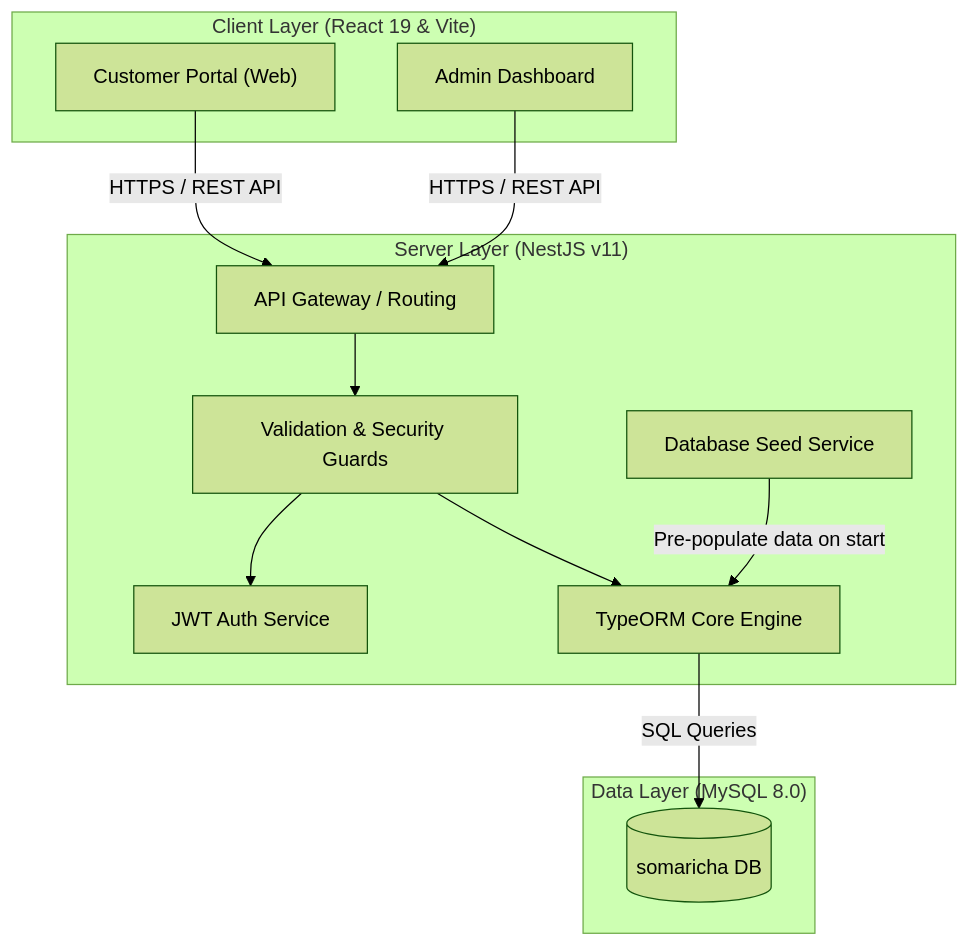
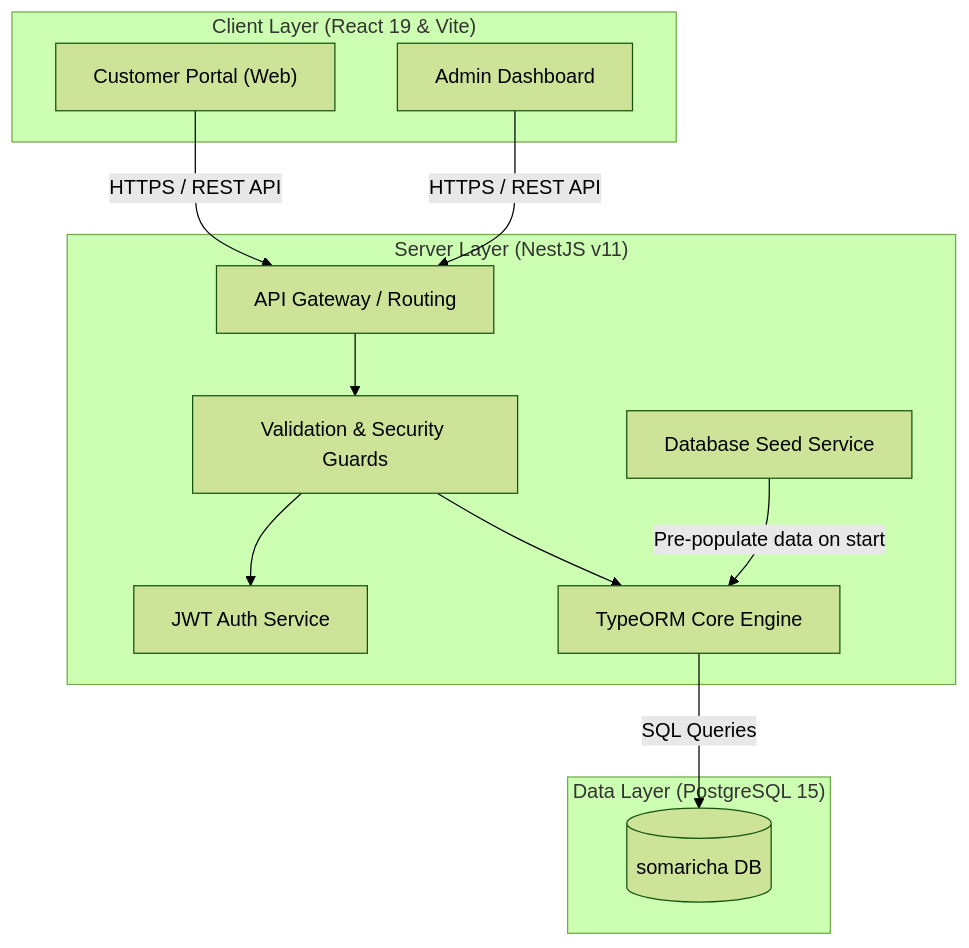
One commit to project-storage/somaricha changed the diagram in README.md. Above: the diagram before and after it, drawn with Mermaid (forest theme). The commit also changed other lines of this file and 8 other files, not shown here.

Commit message:
feat: Migrate database from MySQL to PostgreSQL; update connection settings, drivers, and environment configuration

````diff
--- a/README.md
+++ b/README.md
@@ -14,28 +14,28 @@
 ```mermaid
 graph TD
     subgraph Client ["Client Layer (React 19 & Vite)"]
         A["Customer Portal (Web)"]
         B["Admin Dashboard"]
     end
 
     subgraph Server ["Server Layer (NestJS v11)"]
         C["API Gateway / Routing"]
         D["Validation & Security Guards"]
         E["JWT Auth Service"]
         F["Database Seed Service"]
         G["TypeORM Core Engine"]
     end
 
-    subgraph Database ["Data Layer (MySQL 8.0)"]
+    subgraph Database ["Data Layer (PostgreSQL 15)"]
         H[("somaricha DB")]
     end
 
     %% Interactions
     A -->|"HTTPS / REST API"| C
     B -->|"HTTPS / REST API"| C
     C --> D
     D --> E
     D --> G
     F -->|"Pre-populate data on start"| G
     G -->|"SQL Queries"| H
 ```
````
